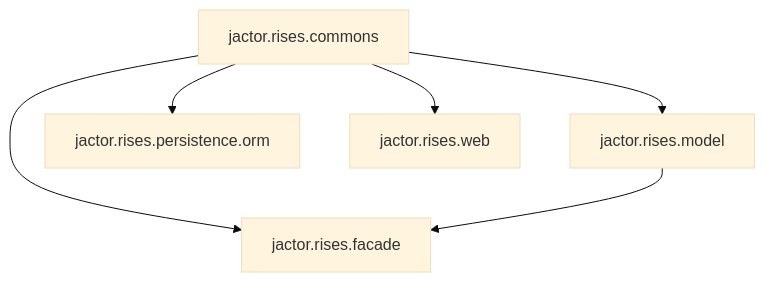
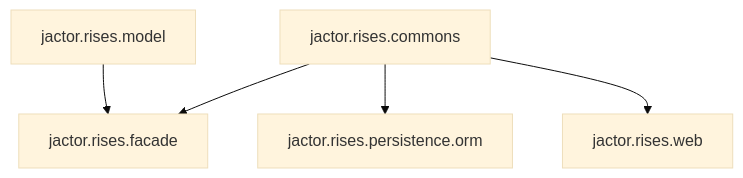
The diagram in README.md (jactor-rises/jactor-web), drawn with Mermaid (base theme) before and after one commit. The commit also changed other lines of this file, not shown here.

````diff
--- a/README.md
+++ b/README.md
@@ -11,8 +13,7 @@
 ```mermaid
 graph TD;
     jactor.rises.commons-->jactor.rises.facade;
-    jactor.rises.commons-->jactor.rises.model;
     jactor.rises.commons-->jactor.rises.persistence.orm;
     jactor.rises.commons-->jactor.rises.web;
     jactor.rises.model-->jactor.rises.facade;
 ```
````
